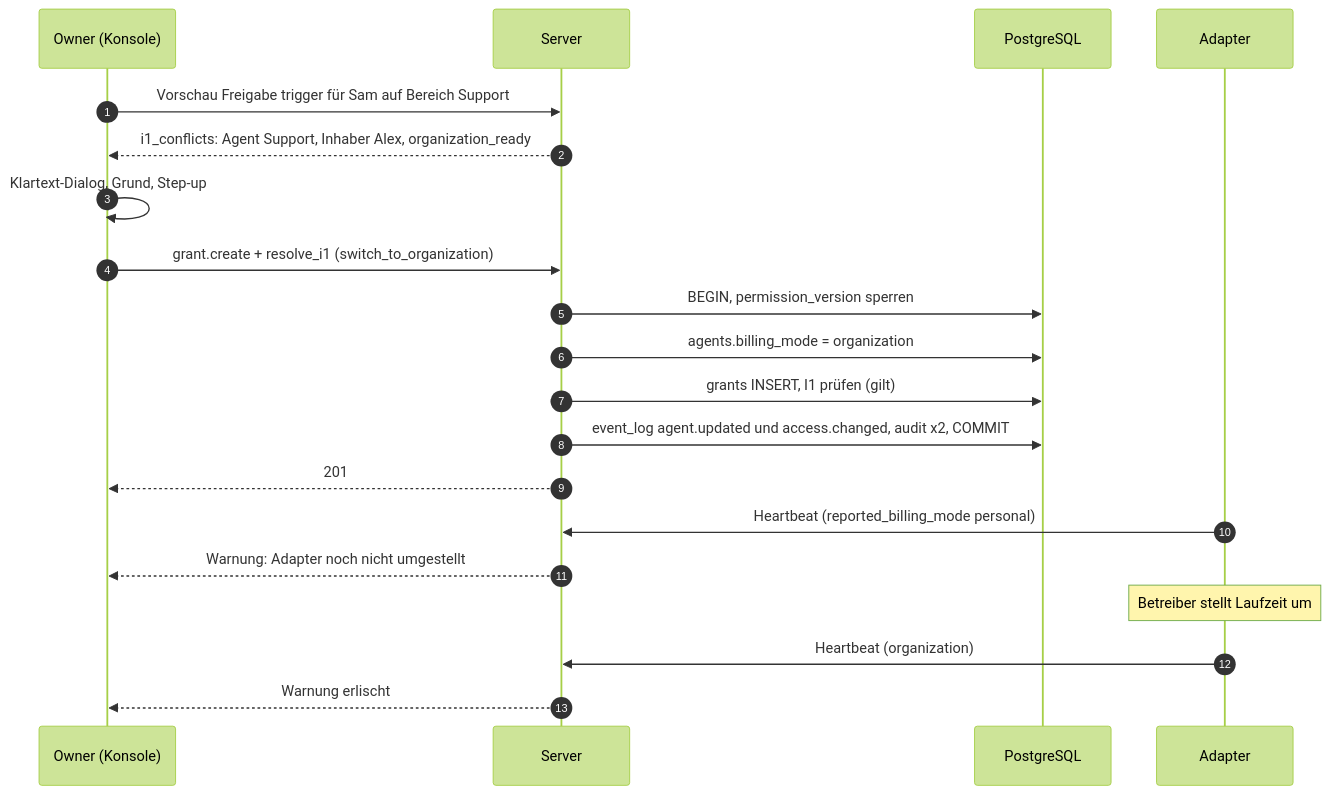
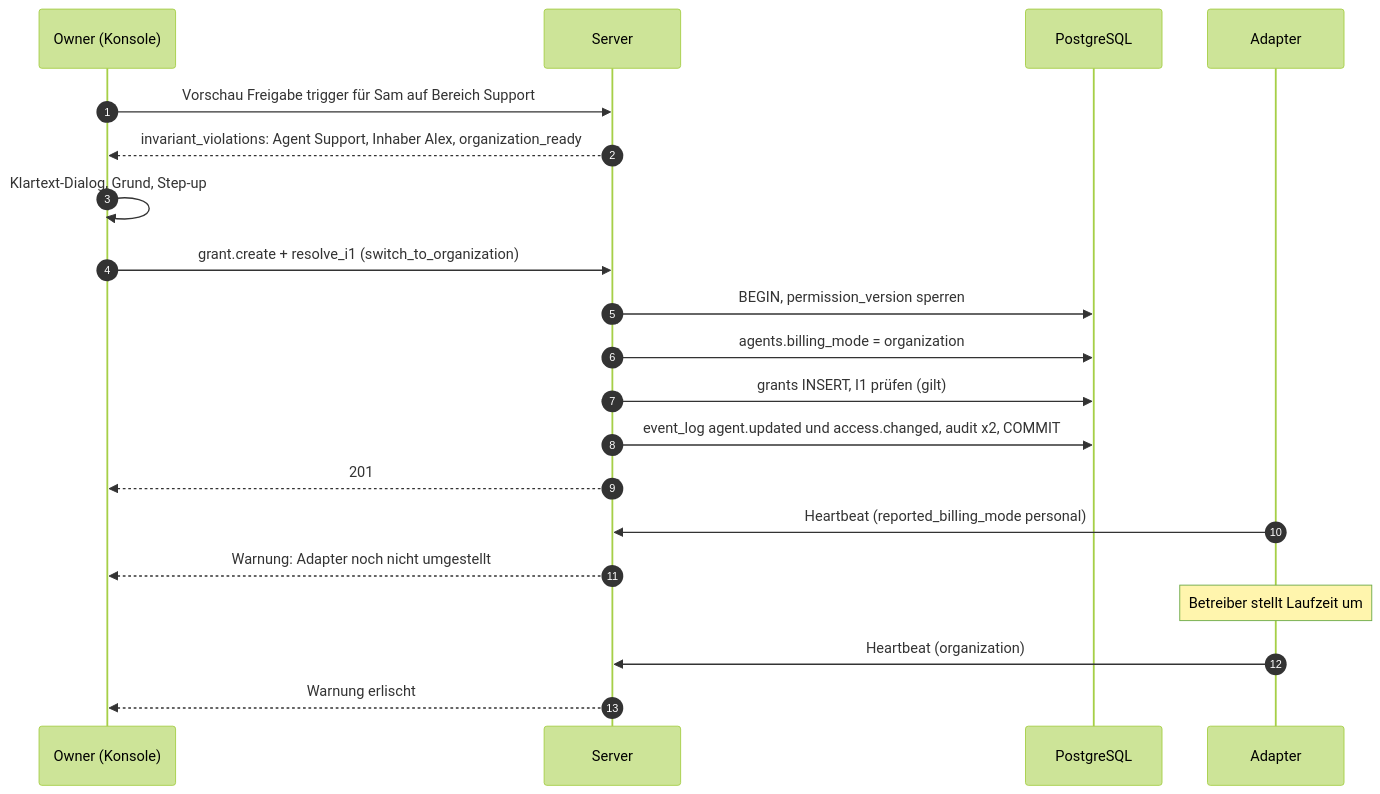
One commit to mguttmann/bothy changed the second of 2 diagrams in docs/spec/10-backend-richtlinie.md. Above: the diagram before and after it, drawn with Mermaid (forest theme). The commit also changed other lines of this file and 10 other files, not shown here.

Commit message:
docs(authz): guided flow in spec, READMEs, changelog and rulings (M2-21)

````diff
--- a/docs/spec/10-backend-richtlinie.md
+++ b/docs/spec/10-backend-richtlinie.md
@@ -425,22 +426,22 @@
 ```mermaid
 sequenceDiagram
     autonumber
     participant O as Owner (Konsole)
     participant S as Server
     participant DB as PostgreSQL
     participant A as Adapter
     O->>S: Vorschau Freigabe trigger für Sam auf Bereich Support
-    S-->>O: i1_conflicts: Agent Support, Inhaber Alex, organization_ready
+    S-->>O: invariant_violations: Agent Support, Inhaber Alex, organization_ready
     O->>O: Klartext-Dialog, Grund, Step-up
     O->>S: grant.create + resolve_i1 (switch_to_organization)
     S->>DB: BEGIN, permission_version sperren
     S->>DB: agents.billing_mode = organization
     S->>DB: grants INSERT, I1 prüfen (gilt)
     S->>DB: event_log agent.updated und access.changed, audit x2, COMMIT
     S-->>O: 201
     A->>S: Heartbeat (reported_billing_mode personal)
     S-->>O: Warnung: Adapter noch nicht umgestellt
     Note over A: Betreiber stellt Laufzeit um
     A->>S: Heartbeat (organization)
     S-->>O: Warnung erlischt
 ```
````
